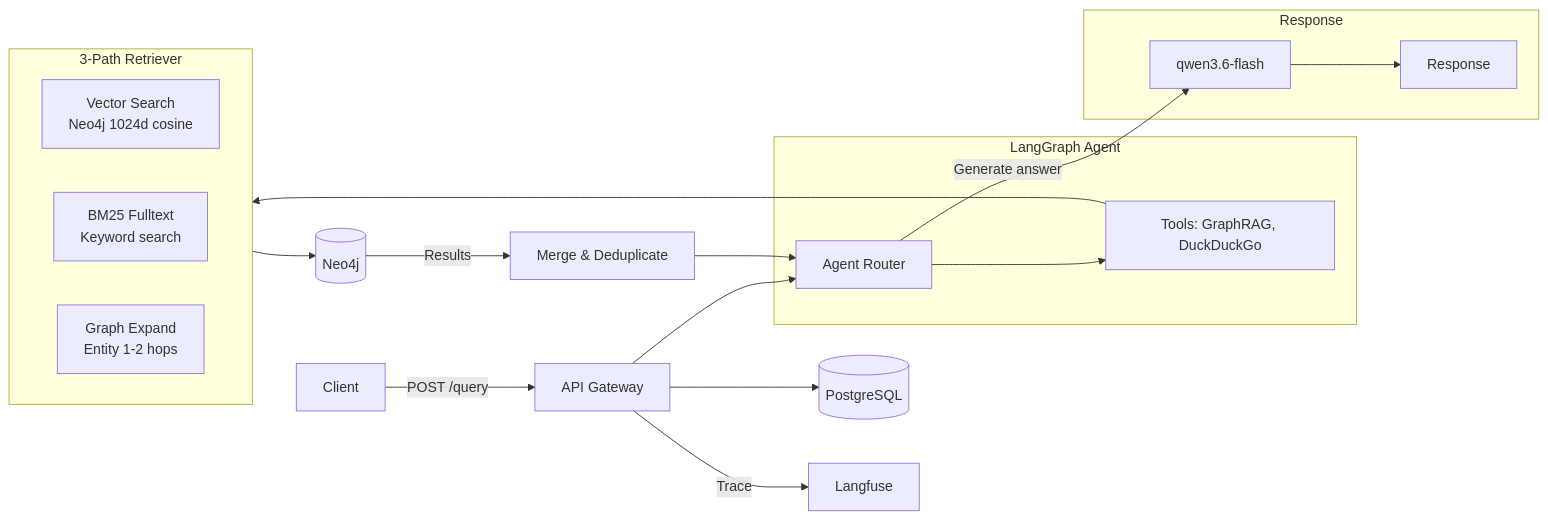
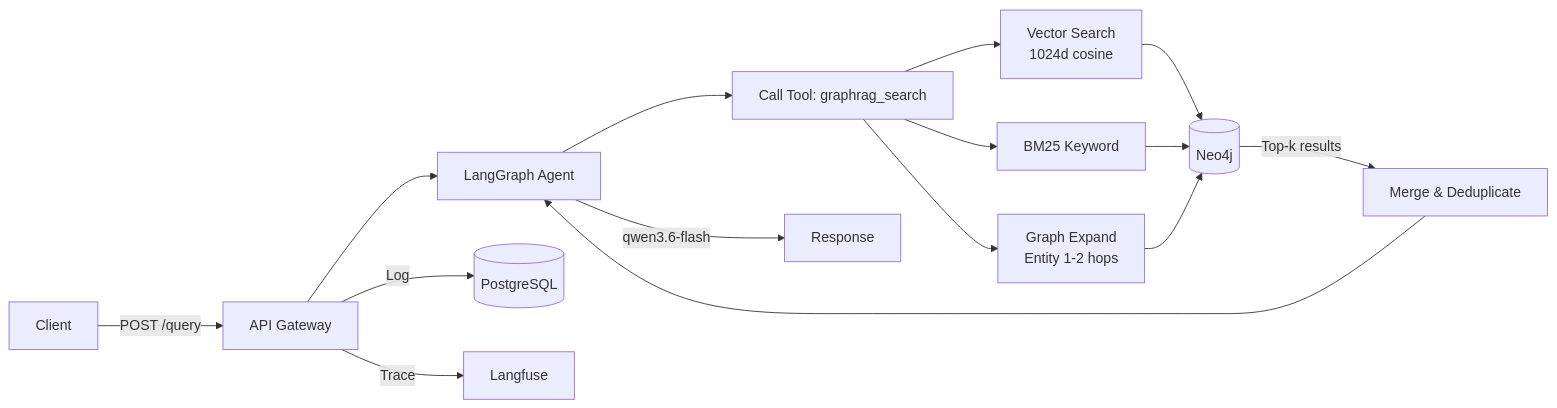
One commit to kanchengw/NexusGraph changed the second of 6 diagrams in README.md. Above: the diagram before and after it, drawn with Mermaid. The commit also changed other lines of this file and 4 other files, not shown here.

Commit message:
feat: Streamlit UI, LLM answer generation in /query, fix missing prompt files, source_docs in response

````diff
--- a/README.md
+++ b/README.md
@@ -60,32 +33,21 @@
 ```mermaid
 flowchart LR
-    C[Client] -->|"POST /query"| GW[API Gateway]
+    C[Client] -->|POST /query| GW[API Gateway]
+    GW --> AG[LangGraph Agent]
+    AG --> T["Call Tool: graphrag_search"]
 
-    subgraph LangGraph["LangGraph Agent"]
-        AG[Agent Router]
-        T["Tools: GraphRAG, DuckDuckGo"]
-        AG --> T
-    end
+    T --> V[Vector Search<br/>1024d cosine]
+    T --> BM[BM25 Keyword]
+    T --> GR[Graph Expand<br/>Entity 1-2 hops]
 
-    GW --> AG
+    V --> NEO[(Neo4j)]
+    BM --> NEO
+    GR --> NEO
 
-    subgraph Retrieval["3-Path Retriever"]
-        direction LR
-        V[Vector Search<br/>Neo4j 1024d cosine]
-        BM[BM25 Fulltext<br/>Keyword search]
-        GR[Graph Expand<br/>Entity 1-2 hops]
-    end
+    NEO -->|Top-k results| MG[Merge & Deduplicate]
+    MG --> AG
 
-    T --> Retrieval
-    Retrieval --> NEO[("Neo4j")]
-    NEO -->|Results| RT[Merge & Deduplicate]
-    RT --> AG
-
-    subgraph Output["Response"]
-        AG -->|Generate answer| LLM[qwen3.6-flash]
-        LLM --> RES[Response]
-    end
-
-    GW --> PG[("PostgreSQL")]
+    AG -->|qwen3.6-flash| RES[Response]
+    GW -->|Log| PG[(PostgreSQL)]
     GW -->|Trace| LF[Langfuse]
 ```
````
